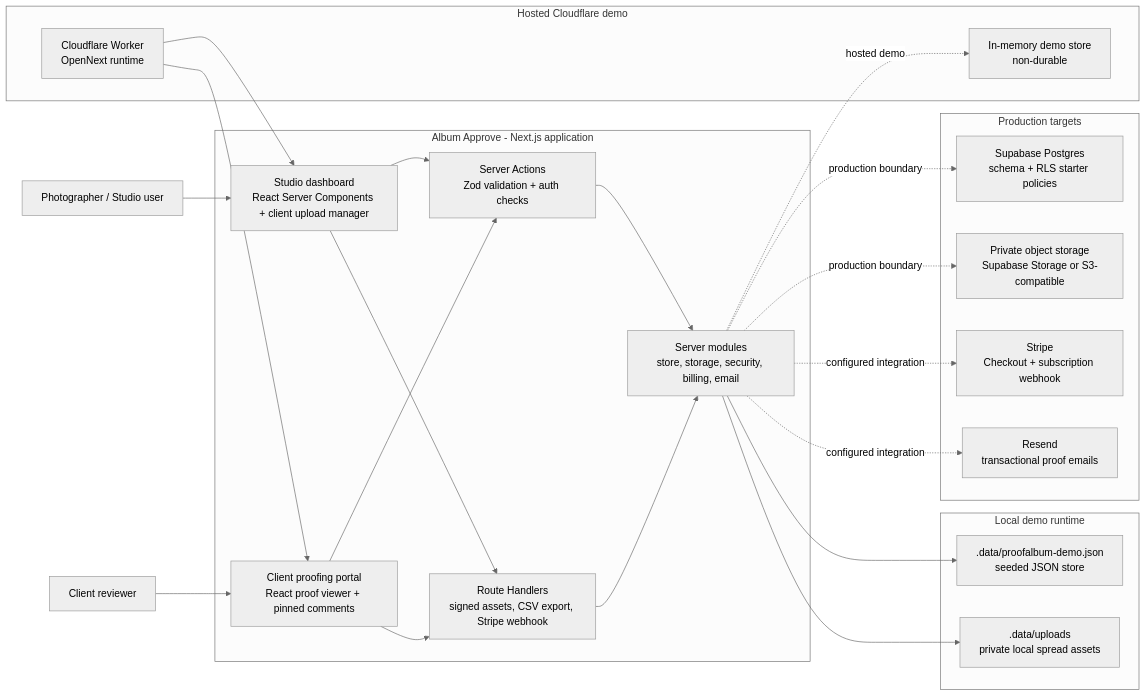
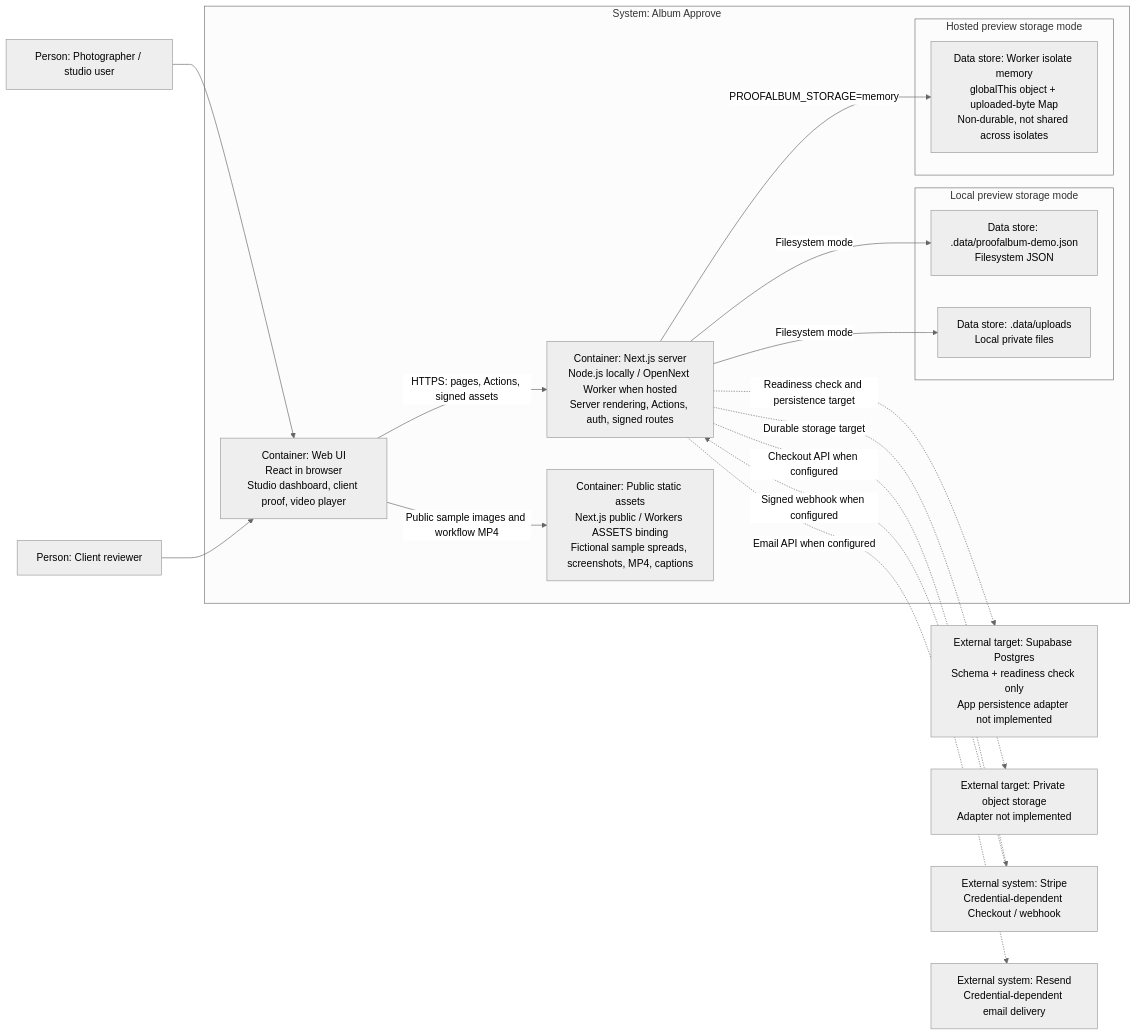
The diagram in docs/architecture.md (manynames3/album-approve), drawn with Mermaid (neutral theme) before and after one commit. The commit also changed other lines of this file and 21 other files, not shown here.

````diff
--- a/docs/architecture.md
+++ b/docs/architecture.md
@@ -16,48 +18,38 @@
 ```mermaid
 flowchart LR
-  studio["Photographer / Studio user"]
-  client["Client reviewer"]
+  studio["Person: Photographer / studio user"]
+  client["Person: Client reviewer"]
 
-  subgraph app["Album Approve - Next.js application"]
-    dashboard["Studio dashboard\nReact Server Components + client upload manager"]
-    proof["Client proofing portal\nReact proof viewer + pinned comments"]
-    actions["Server Actions\nZod validation + auth checks"]
-    routes["Route Handlers\nsigned assets, CSV export, Stripe webhook"]
-    server["Server modules\nstore, storage, security, billing, email"]
+  subgraph app["System: Album Approve"]
+    browser["Container: Web UI<br/>React in browser<br/>Studio dashboard, client proof, video player"]
+    next["Container: Next.js server<br/>Node.js locally / OpenNext Worker when hosted<br/>Server rendering, Actions, auth, signed routes"]
+    static["Container: Public static assets<br/>Next.js public / Workers ASSETS binding<br/>Fictional sample spreads, screenshots, MP4, captions"]
+
+    subgraph local["Local preview storage mode"]
+      json["Data store: .data/proofalbum-demo.json<br/>Filesystem JSON"]
+      uploads["Data store: .data/uploads<br/>Local private files"]
+    end
+
+    subgraph hosted["Hosted preview storage mode"]
+      memory["Data store: Worker isolate memory<br/>globalThis object + uploaded-byte Map<br/>Non-durable, not shared across isolates"]
+    end
   end
 
-  subgraph local["Local demo runtime"]
-    json[".data/proofalbum-demo.json\nseeded JSON store"]
-    uploads[".data/uploads\nprivate local spread assets"]
-  end
+  supabase["External target: Supabase Postgres<br/>Schema + readiness check only<br/>App persistence adapter not implemented"]
+  objectStorage["External target: Private object storage<br/>Adapter not implemented"]
+  stripe["External system: Stripe<br/>Credential-dependent Checkout / webhook"]
+  resend["External system: Resend<br/>Credential-dependent email delivery"]
 
-  subgraph hosted["Hosted Cloudflare demo"]
-    worker["Cloudflare Worker\nOpenNext runtime"]
-    memory["In-memory demo store\nnon-durable"]
-  end
-
-  subgraph production["Production targets"]
-    supabase["Supabase Postgres\nschema + RLS starter policies"]
-    objectStorage["Private object storage\nSupabase Storage or S3-compatible"]
-    stripe["Stripe\nCheckout + subscription webhook"]
-    resend["Resend\ntransactional proof emails"]
-  end
-
-  studio --> dashboard
-  client --> proof
-  dashboard --> actions
-  proof --> actions
-  dashboard --> routes
-  proof --> routes
-  actions --> server
-  routes --> server
-  server --> json
-  server --> uploads
-  worker --> dashboard
-  worker --> proof
-  server -. hosted demo .-> memory
-  server -. production boundary .-> supabase
-  server -. production boundary .-> objectStorage
-  server -. configured integration .-> stripe
-  server -. configured integration .-> resend
+  studio --> browser
+  client --> browser
+  browser -->|HTTPS: pages, Actions, signed assets| next
+  browser -->|Public sample images and workflow MP4| static
+  next -->|Filesystem mode| json
+  next -->|Filesystem mode| uploads
+  next -->|PROOFALBUM_STORAGE=memory| memory
+  next -. Readiness check and persistence target .-> supabase
+  next -. Durable storage target .-> objectStorage
+  next -. Checkout API when configured .-> stripe
+  stripe -. Signed webhook when configured .-> next
+  next -. Email API when configured .-> resend
 ```
````
